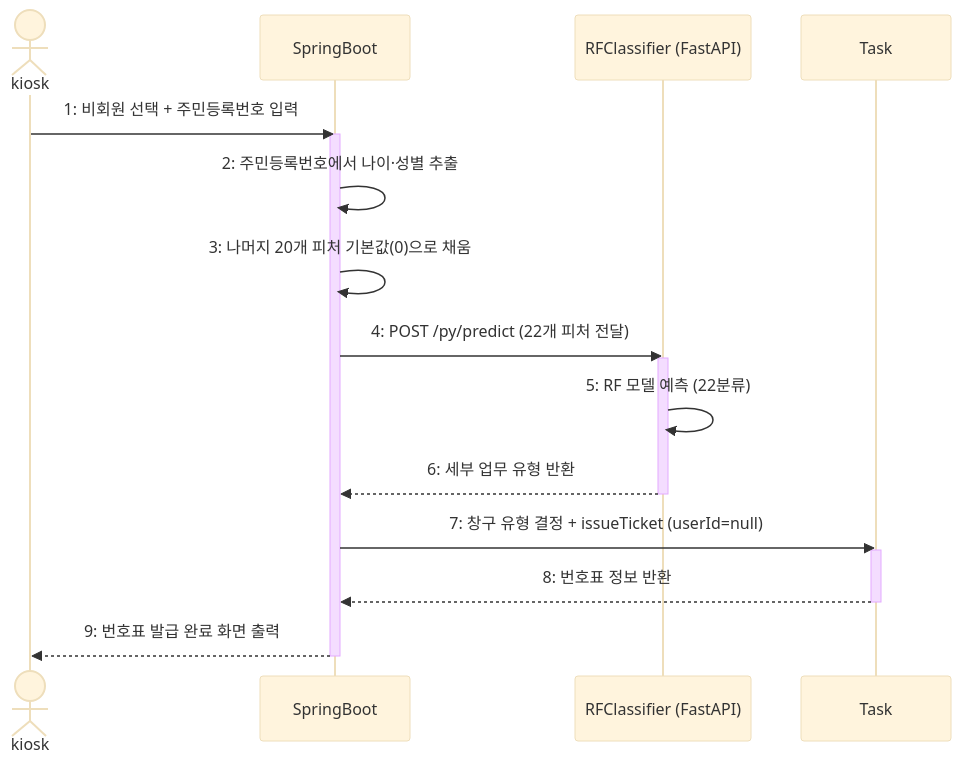
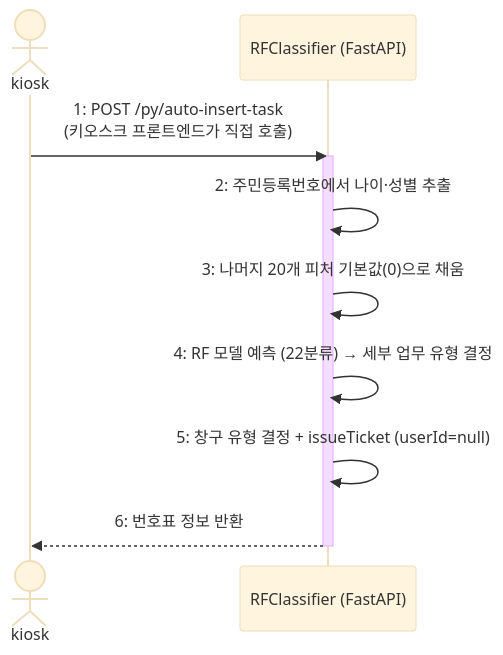
One commit to silversky621/BankScope changed the sixth of 11 diagrams in Design_[21622137_최재영].md. Above: the diagram before and after it, drawn with Mermaid (base theme). The commit also changed other lines of this file and 3 other files, not shown here.

````diff
--- a/Design_[21622137_최재영].md
+++ b/Design_[21622137_최재영].md
@@ -418,23 +419,14 @@
 ```mermaid
 sequenceDiagram
     actor kiosk
-    participant SpringBoot
     participant RF as RFClassifier (FastAPI)
-    participant Task
 
-    kiosk->>SpringBoot: 1: 비회원 선택 + 주민등록번호 입력
-    activate SpringBoot
-    SpringBoot->>SpringBoot: 2: 주민등록번호에서 나이·성별 추출
-    SpringBoot->>SpringBoot: 3: 나머지 20개 피처 기본값(0)으로 채움
-    SpringBoot->>RF: 4: POST /py/predict (22개 피처 전달)
+    kiosk->>RF: 1: POST /py/auto-insert-task<br/>(키오스크 프론트엔드가 직접 호출)
     activate RF
-    RF->>RF: 5: RF 모델 예측 (22분류)
-    RF-->>SpringBoot: 6: 세부 업무 유형 반환
+    RF->>RF: 2: 주민등록번호에서 나이·성별 추출
+    RF->>RF: 3: 나머지 20개 피처 기본값(0)으로 채움
+    RF->>RF: 4: RF 모델 예측 (22분류) → 세부 업무 유형 결정
+    RF->>RF: 5: 창구 유형 결정 + issueTicket (userId=null)
+    RF-->>kiosk: 6: 번호표 정보 반환
     deactivate RF
-    SpringBoot->>Task: 7: 창구 유형 결정 + issueTicket (userId=null)
-    activate Task
-    Task-->>SpringBoot: 8: 번호표 정보 반환
-    deactivate Task
-    SpringBoot-->>kiosk: 9: 번호표 발급 완료 화면 출력
-    deactivate SpringBoot
 ```
````
